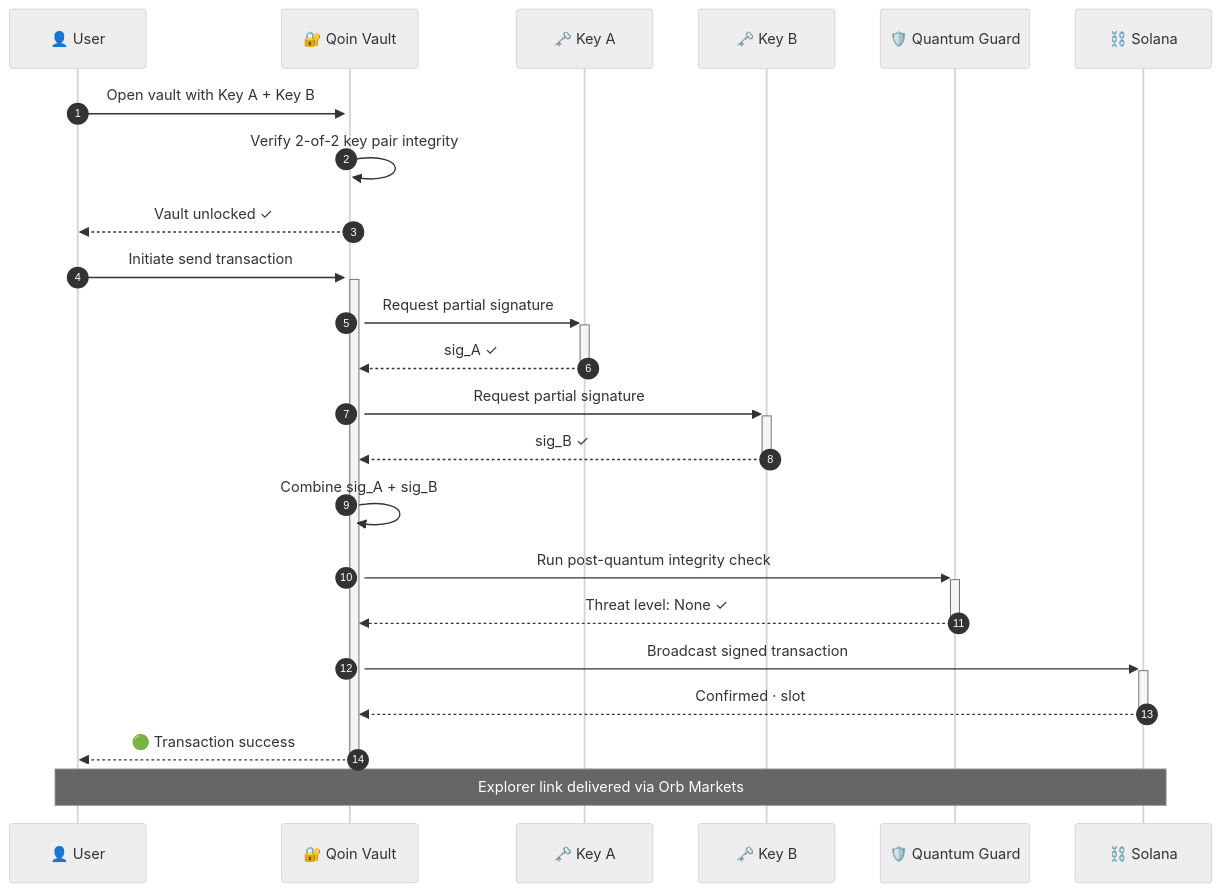
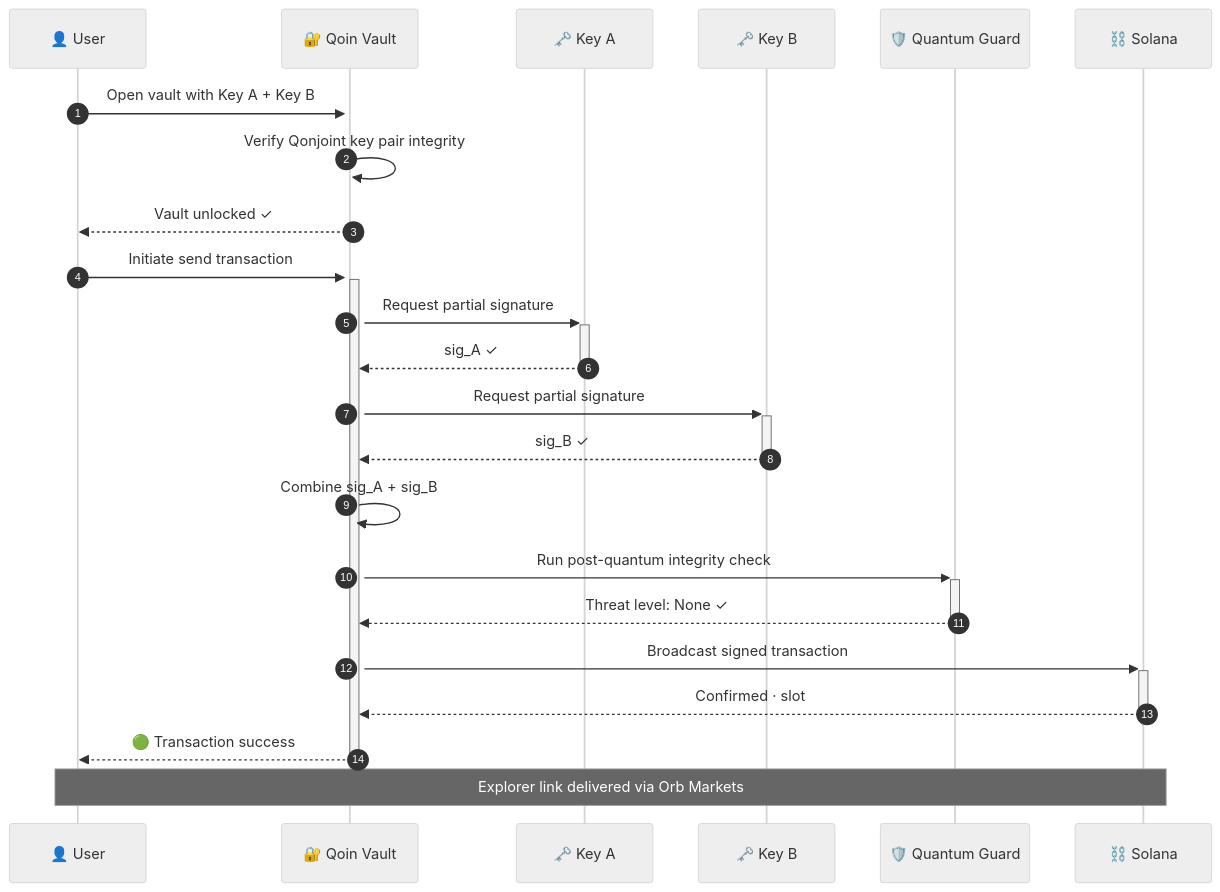
The second of 5 diagrams in profile/README.md (bitqoinorg/.github), drawn with Mermaid (neutral theme) before and after one commit. The commit also changed other lines of this file, not shown here.

````diff
--- a/profile/README.md
+++ b/profile/README.md
@@ -78,29 +78,29 @@
 ```mermaid
 sequenceDiagram
     autonumber
     participant U as 👤 User
     participant V as 🔐 Qoin Vault
     participant KA as 🗝️ Key A
     participant KB as 🗝️ Key B
     participant Q as 🛡️ Quantum Guard
     participant S as ⛓️ Solana
 
     U->>+V: Open vault with Key A + Key B
-    V->>V: Verify 2-of-2 key pair integrity
+    V->>V: Verify Qonjoint key pair integrity
     V-->>U: Vault unlocked ✓
 
     U->>+V: Initiate send transaction
     V->>+KA: Request partial signature
     KA-->>-V: sig_A ✓
     V->>+KB: Request partial signature
     KB-->>-V: sig_B ✓
 
     V->>V: Combine sig_A + sig_B
     V->>+Q: Run post-quantum integrity check
     Q-->>-V: Threat level: None ✓
 
     V->>+S: Broadcast signed transaction
     S-->>-V: Confirmed · slot #XXXXXXX
     V-->>-U: 🟢 Transaction success
     Note over U,S: Explorer link delivered via Orb Markets
 ```
````
